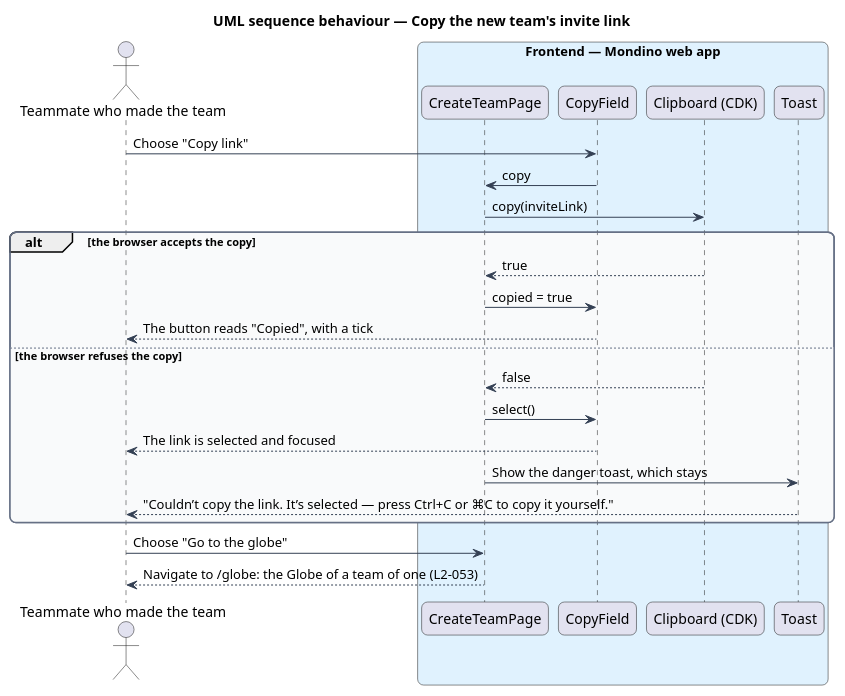
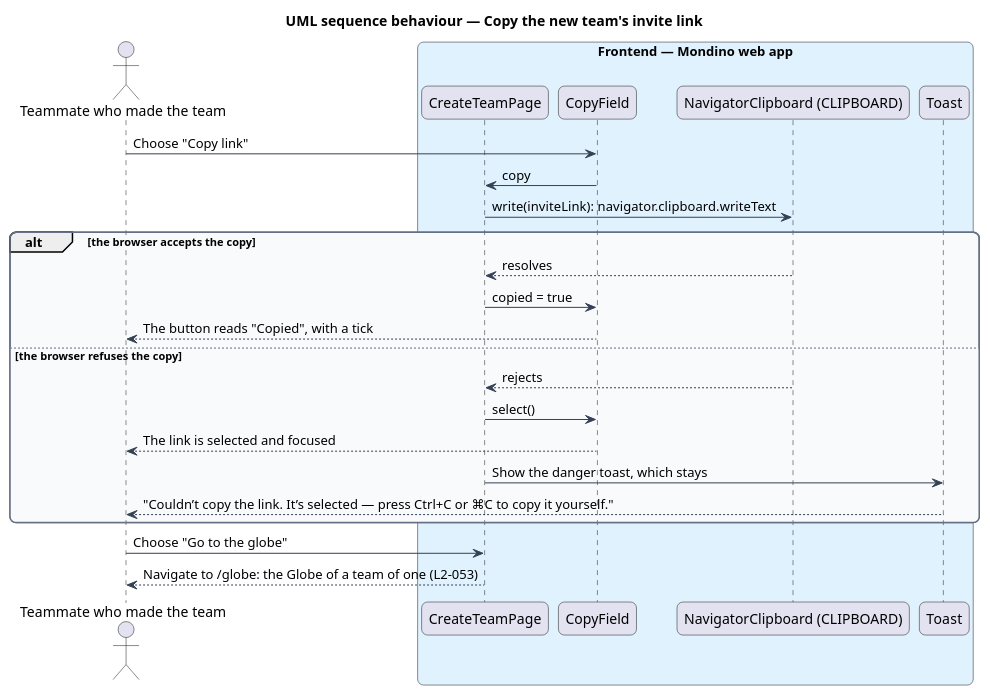
One commit to QuinntyneBrown/Mondino changed the diagram in docs/detailed-designs/joining/make-team/diagrams/sequence-copy-new-invite-link.puml. Above: the diagram before and after it, drawn with PlantUML. The commit also changed 31 other files, not shown here.

```diff
--- a/docs/detailed-designs/joining/make-team/diagrams/sequence-copy-new-invite-link.puml
+++ b/docs/detailed-designs/joining/make-team/diagrams/sequence-copy-new-invite-link.puml
@@ -1,40 +1,40 @@
 @startuml
 title UML sequence behaviour — Copy the new team's invite link
 skinparam backgroundColor #FFFFFF
 skinparam shadowing false
 skinparam roundcorner 12
 skinparam defaultFontName Arial
 skinparam ArrowColor #344054
 skinparam rectangle {
   BorderColor #344054
   FontColor #101828
 }
 skinparam package {
   BorderColor #667085
   FontColor #101828
   BackgroundColor #F9FAFB
 }
 actor "Teammate who made the team" as actor
 box "Frontend — Mondino web app" #E0F2FE
   participant "CreateTeamPage" as page
   participant "CopyField" as field
-  participant "Clipboard (CDK)" as copier
+  participant "NavigatorClipboard (CLIPBOARD)" as copier
   participant "Toast" as toast
 end box
 actor -> field : Choose "Copy link"
 field -> page : copy
-page -> copier : copy(inviteLink)
+page -> copier : write(inviteLink): navigator.clipboard.writeText
 alt the browser accepts the copy
-  copier --> page : true
+  copier --> page : resolves
   page -> field : copied = true
   field --> actor : The button reads "Copied", with a tick
 else the browser refuses the copy
-  copier --> page : false
+  copier --> page : rejects
   page -> field : select()
   field --> actor : The link is selected and focused
   page -> toast : Show the danger toast, which stays
   toast --> actor : "Couldn’t copy the link. It’s selected — press Ctrl+C or ⌘C to copy it yourself."
 end
 actor -> page : Choose "Go to the globe"
 page --> actor : Navigate to /globe: the Globe of a team of one (L2-053)
 @enduml
```
